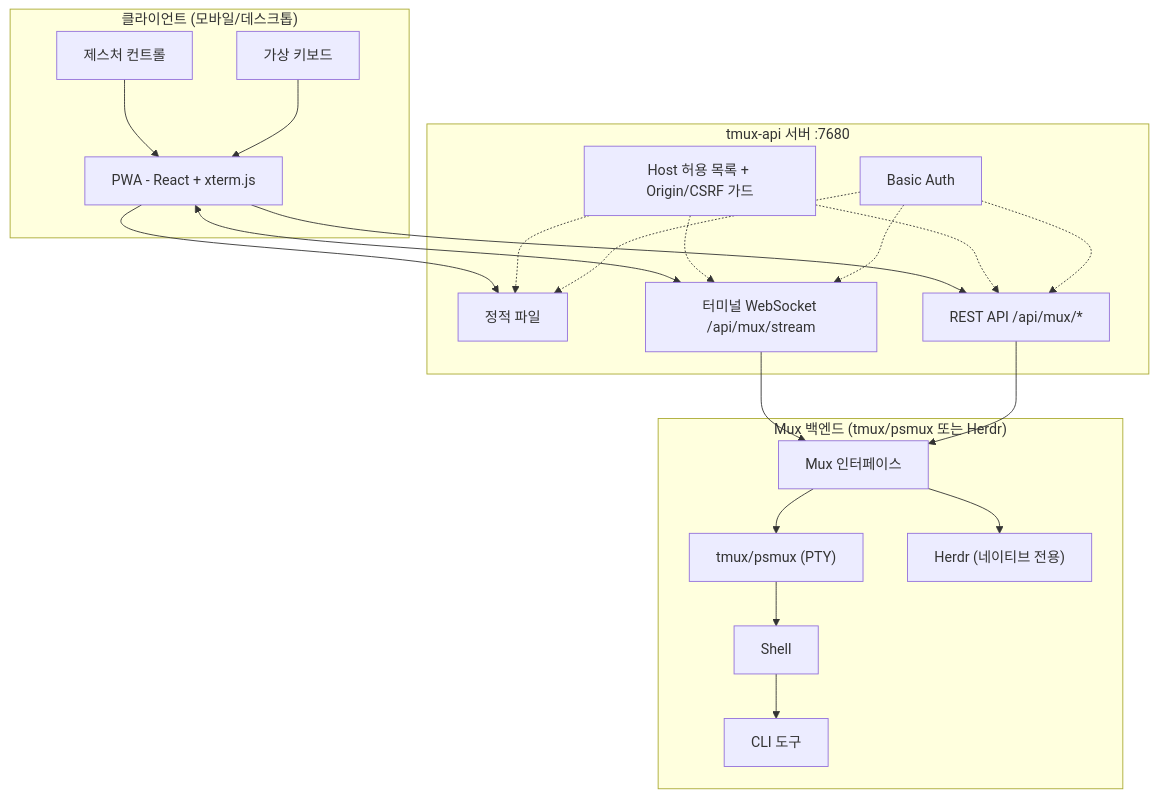
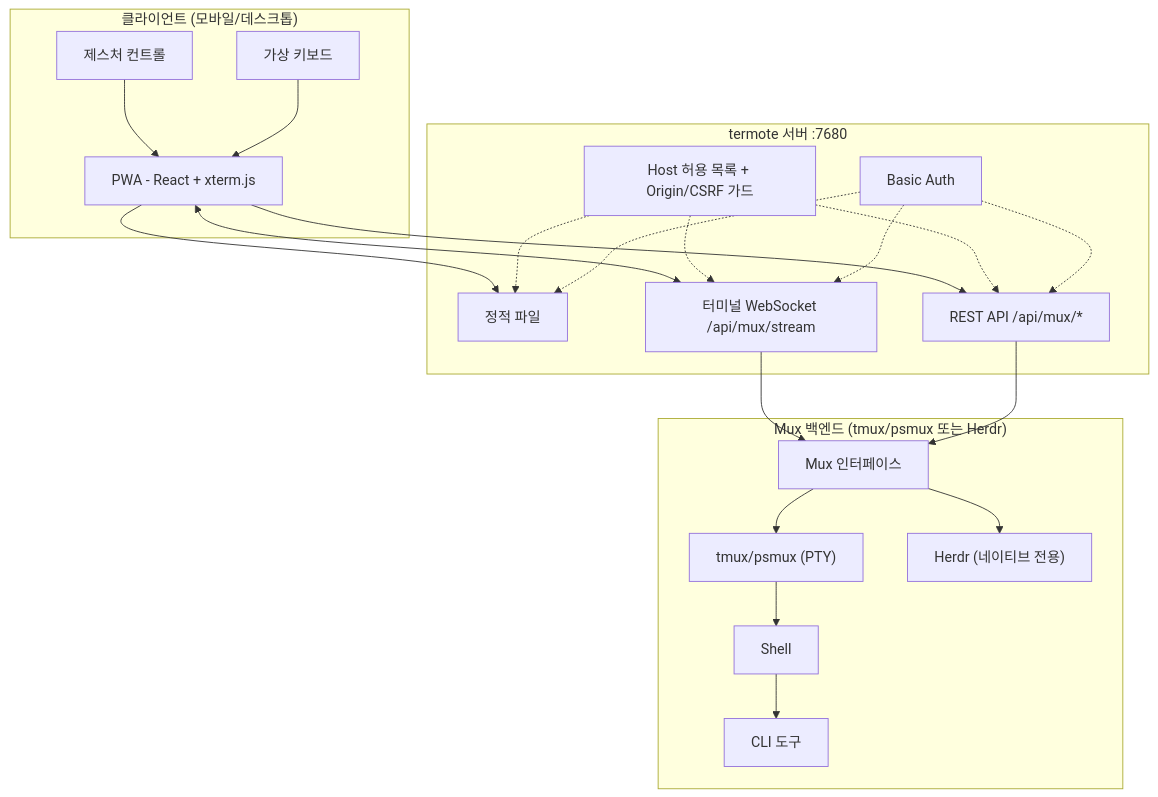
Before and after one commit to lamngockhuong/termote: the first of 2 diagrams in README.ko.md, drawn with Mermaid. The commit also changed other lines of this file and 107 other files, not shown here.

First line of the commit message:
refactor!: rename tmux-api to server and its binary to termote (#215)

````diff
--- a/README.ko.md
+++ b/README.ko.md
@@ -59,36 +59,36 @@
 ```mermaid
 flowchart TB
     subgraph Client["클라이언트 (모바일/데스크톱)"]
         PWA["PWA - React + xterm.js"]
         Gestures["제스처 컨트롤"]
         Keyboard["가상 키보드"]
     end
 
-    subgraph Server["tmux-api 서버 :7680"]
+    subgraph Server["termote 서버 :7680"]
         Static["정적 파일"]
         Stream["터미널 WebSocket /api/mux/stream"]
         API["REST API /api/mux/*"]
         Guard["Host 허용 목록 + Origin/CSRF 가드"]
         Auth["Basic Auth"]
     end
 
     subgraph Backend["Mux 백엔드 (tmux/psmux 또는 Herdr)"]
         Mux["Mux 인터페이스"]
         tmux["tmux/psmux (PTY)"]
         herdr["Herdr (네이티브 전용)"]
         Shell["Shell"]
         Tools["CLI 도구"]
     end
 
     Gestures --> PWA
     Keyboard --> PWA
     PWA --> Static
     PWA <--> Stream
     PWA --> API
     Guard -.-> Static & Stream & API
     Auth -.-> Static & Stream & API
     Stream --> Mux
     API --> Mux
     Mux --> tmux & herdr
     tmux --> Shell --> Tools
 ```
````
